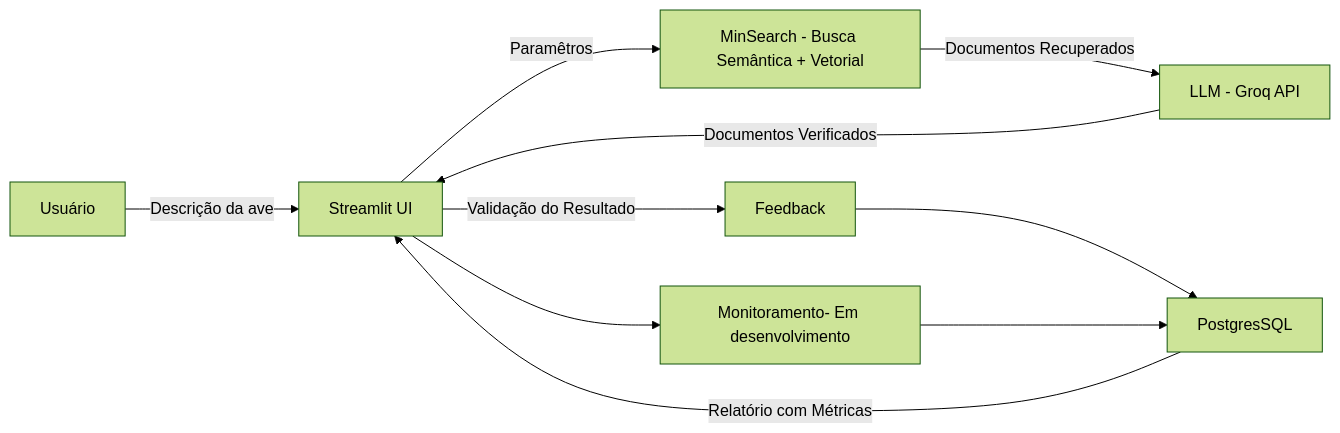
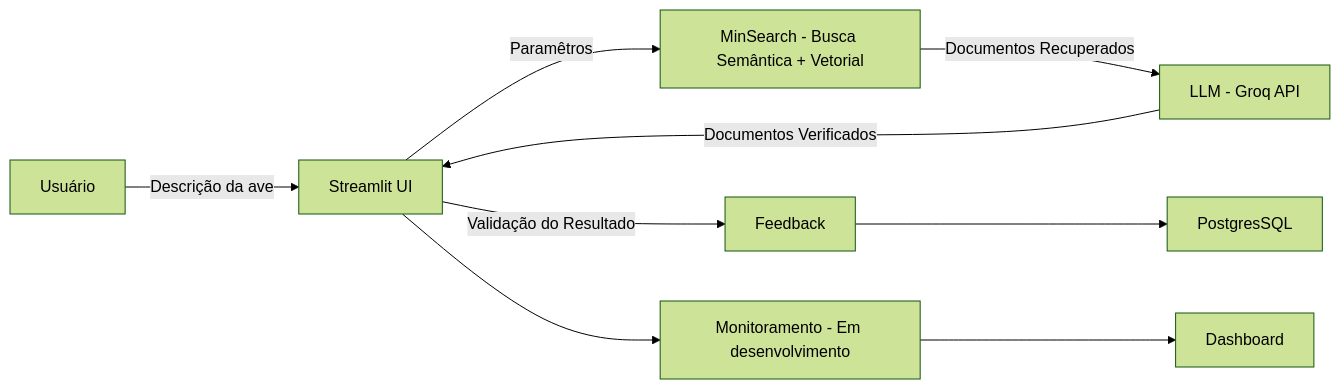
One commit to rafaelladuarte/avesrag-assistant changed the diagram in README_ENG.md. Above: the diagram before and after it, drawn with Mermaid (forest theme). The commit also changed 2 other files, not shown here.

Commit message:
docs: update README in English and Portuguese

````diff
--- a/README_ENG.md
+++ b/README_ENG.md
@@ -93,12 +93,12 @@
 ```mermaid
 flowchart LR
     A[Usuário] -->|Descrição da ave| B[Streamlit UI]
     B --> | Paramêtros | D[MinSearch - Busca Semântica + Vetorial]
     D --> | Documentos Recuperados | E[LLM - Groq API]
     E --> | Documentos Verificados | B
     B --> | Validação do Resultado | F[Feedback]
     F --> H[PostgresSQL]
-    B --> G[Monitoramento- Em desenvolvimento]
-    G --> H
-    H --> | Relatório com Métricas | B
+    B --> G[Monitoramento - Em desenvolvimento]
+    G --> I[Dashboard]
+  
 ```
````
